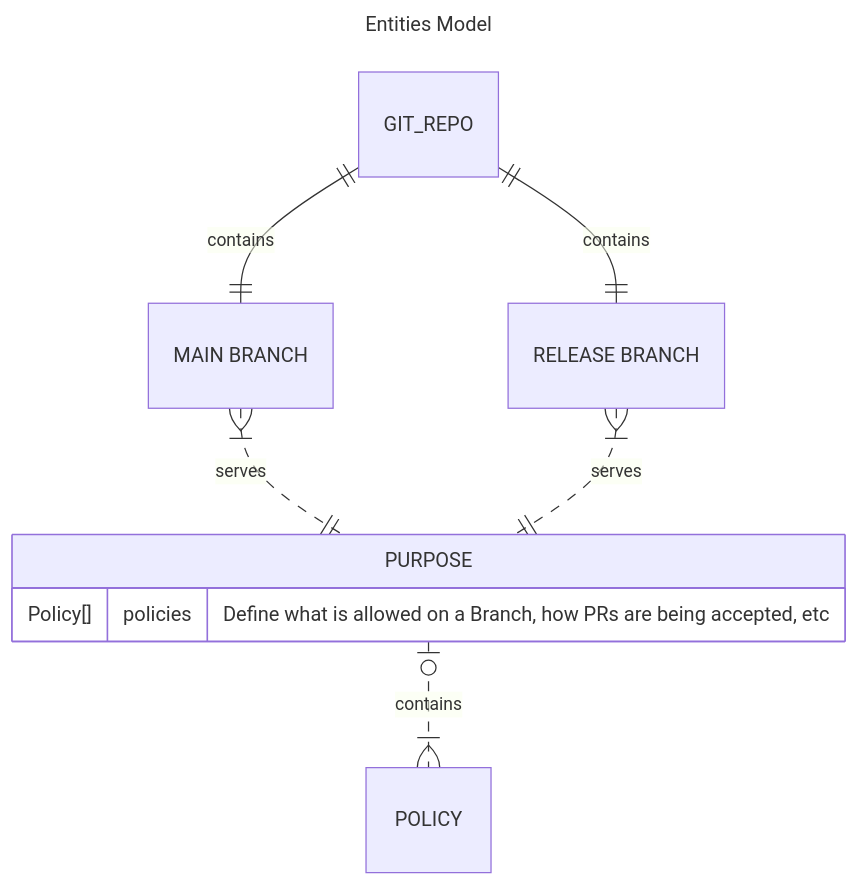
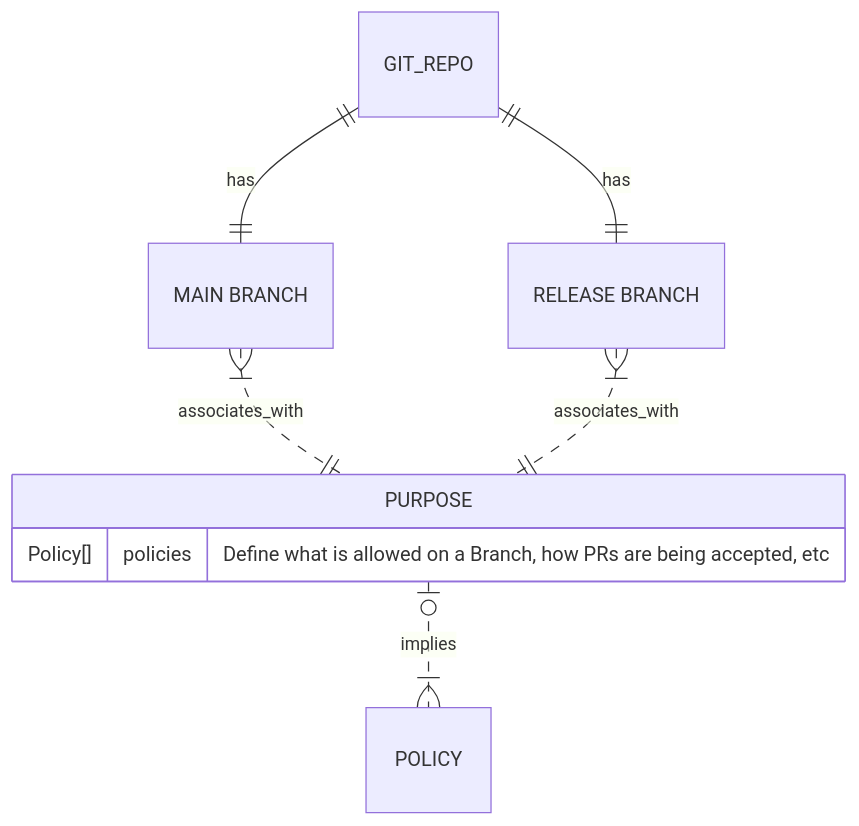
Before and after one commit to boromir674/automated-workflows: the diagram in docs/topics/gitops/index.md, drawn with Mermaid. The commit also changed other lines of this file and 12 other files, not shown here.

````diff
--- a/docs/topics/gitops/index.md
+++ b/docs/topics/gitops/index.md
@@ -26,15 +63,11 @@
-```mermaid
----
-title: Entities Model
----
-erDiagram 
-    GIT_REPO ||--|| "MAIN BRANCH" : contains
-    GIT_REPO ||--|| "RELEASE BRANCH" : contains
-    "MAIN BRANCH" }|..|| "PURPOSE" : serves
-    "RELEASE BRANCH" }|..|| "PURPOSE" : serves
-
-    PURPOSE |o..|{ "POLICY" : contains
-    PURPOSE {
-        Policy[] policies "Define what is allowed on a Branch, how PRs are being accepted, etc"
-    }
-```
+      <pre class="mermaid">
+        erDiagram 
+            GIT_REPO ||--|| "MAIN BRANCH" : has
+            GIT_REPO ||--|| "RELEASE BRANCH" : has
+            "MAIN BRANCH" }|..|| "PURPOSE" : associates_with
+            "RELEASE BRANCH" }|..|| "PURPOSE" : associates_with
+            PURPOSE |o..|{ "POLICY" : implies
+            PURPOSE {
+                Policy[] policies "Define what is allowed on a Branch, how PRs are being accepted, etc"
+            }
+      </pre>
````
